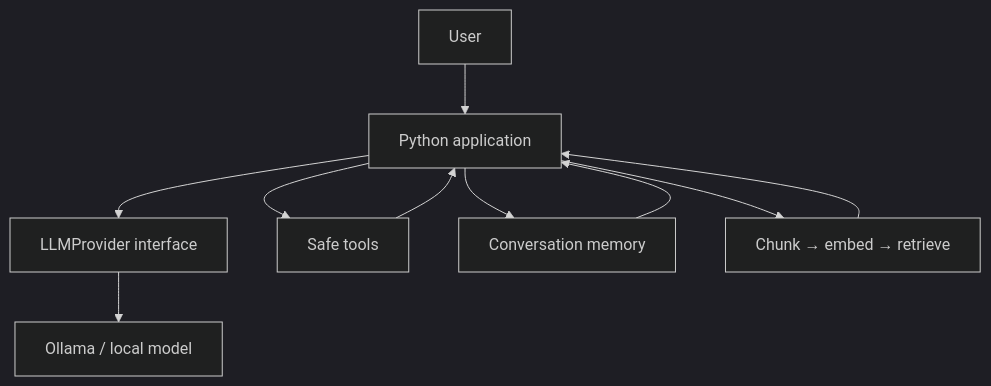
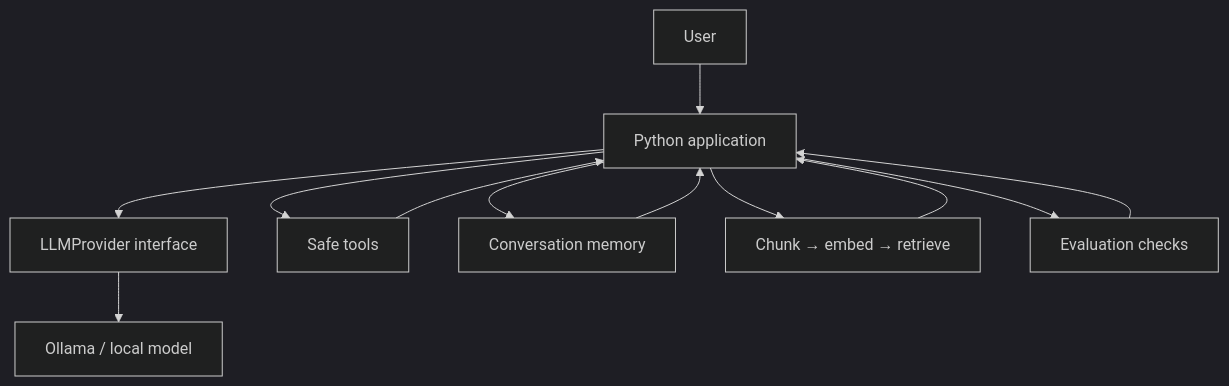
Before and after one commit to velorasignal/open-model-lab: the diagram in README.md, drawn with Mermaid (dark theme). The commit also changed other lines of this file and 10 other files, not shown here.

````diff
--- a/README.md
+++ b/README.md
@@ -56,12 +56,14 @@
 ```mermaid
 flowchart TD
     User --> App[Python application]
     App --> Provider[LLMProvider interface]
     Provider --> Ollama[Ollama / local model]
     App --> Tools[Safe tools]
     App --> Memory[Conversation memory]
     App --> RAG[Chunk → embed → retrieve]
+    App --> Eval[Evaluation checks]
     Tools --> App
     Memory --> App
     RAG --> App
+    Eval --> App
 ```
````
